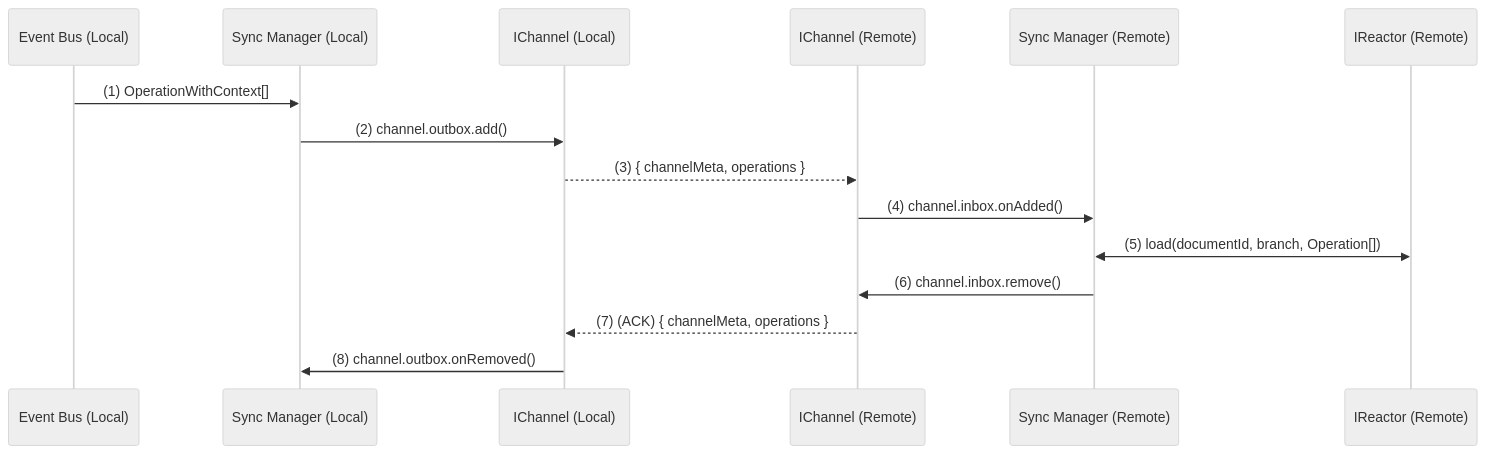
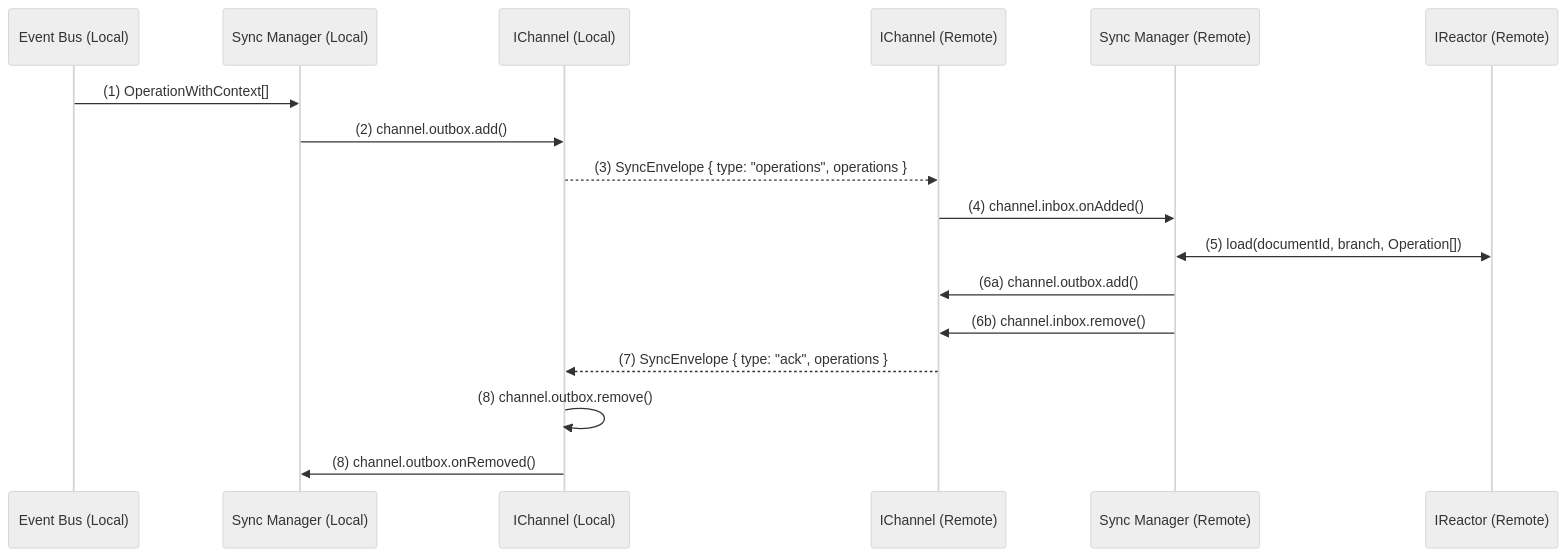
One commit to powerhouse-inc/powerhouse changed the first of 4 diagrams in packages/reactor/docs/planning/Synchronization/index.md. Above: the diagram before and after it, drawn with Mermaid (neutral theme). The commit also changed other lines of this file, not shown here.

````diff
--- a/packages/reactor/docs/planning/Synchronization/index.md
+++ b/packages/reactor/docs/planning/Synchronization/index.md
@@ -197,18 +201,20 @@
 ```mermaid
 sequenceDiagram
   participant LocalBus as Event Bus (Local)
   participant SyncMgr as Sync Manager (Local)
   participant Channel as IChannel (Local)
   participant RemoteChannel as IChannel (Remote)
   participant RemoteSyncMgr as Sync Manager (Remote)
   participant RemoteLoad as IReactor (Remote)
 
   LocalBus->>SyncMgr: (1) OperationWithContext[]
   SyncMgr->>Channel: (2) channel.outbox.add()
-  Channel-->>RemoteChannel: (3) { channelMeta, operations }
+  Channel-->>RemoteChannel: (3) SyncEnvelope { type: "operations", operations }
   RemoteChannel->>RemoteSyncMgr: (4) channel.inbox.onAdded()
   RemoteSyncMgr<<->>RemoteLoad: (5) load(documentId, branch, Operation[])
-  RemoteSyncMgr->>RemoteChannel: (6) channel.inbox.remove()
-  RemoteChannel-->>Channel: (7) (ACK) { channelMeta, operations }
+  RemoteSyncMgr->>RemoteChannel: (6a) channel.outbox.add()
+  RemoteSyncMgr->>RemoteChannel: (6b) channel.inbox.remove()
+  RemoteChannel-->>Channel: (7) SyncEnvelope { type: "ack", operations }
+  Channel->>Channel: (8) channel.outbox.remove()
   Channel->>SyncMgr: (8) channel.outbox.onRemoved()
 ```
````
